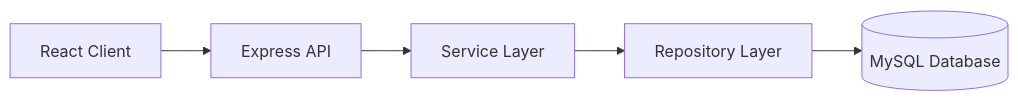
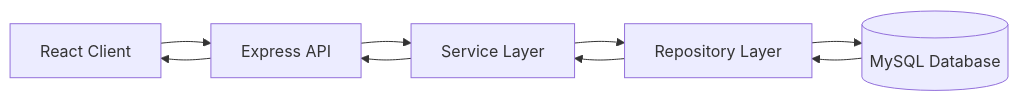
Before and after one commit to weedu230/IMS: the first of 2 diagrams in README.md, drawn with Mermaid. The commit also changed other lines of this file, not shown here.

Commit message:
docs: refine architecture diagram flow and screenshot alt text
Agent-Logs-Url: https://github.com/weedu230/IMS/sessions/944d9d10-d9b6-4ca7-940a-91001df7839e

````diff
--- a/README.md
+++ b/README.md
@@ -46,7 +46,17 @@
 ```mermaid
 flowchart LR
-  A[React Client] --> B[Express API]
-  B --> C[Service Layer]
-  C --> D[Repository Layer]
-  D --> E[(MySQL Database)]
+  A[React Client]
+  B[Express API]
+  C[Service Layer]
+  D[Repository Layer]
+  E[(MySQL Database)]
+
+  A --> B
+  B --> C
+  C --> D
+  D --> E
+  E --> D
+  D --> C
+  C --> B
+  B --> A
 ```
````
